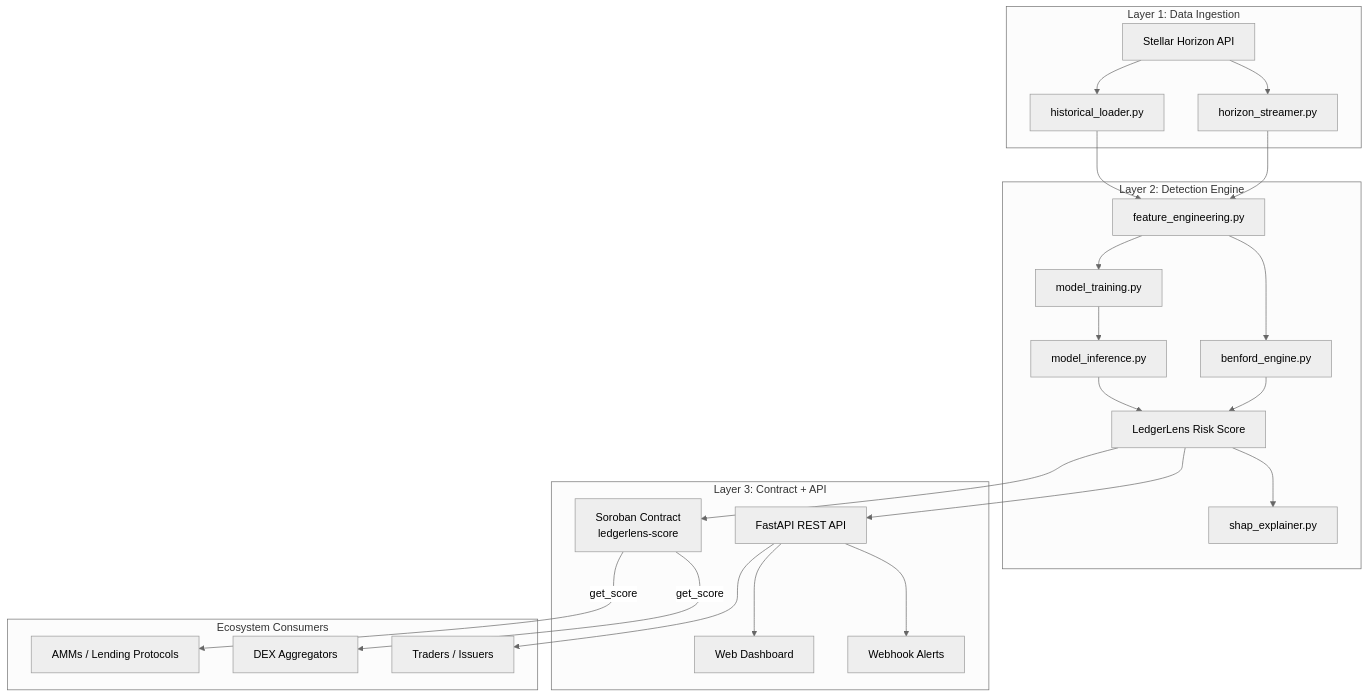
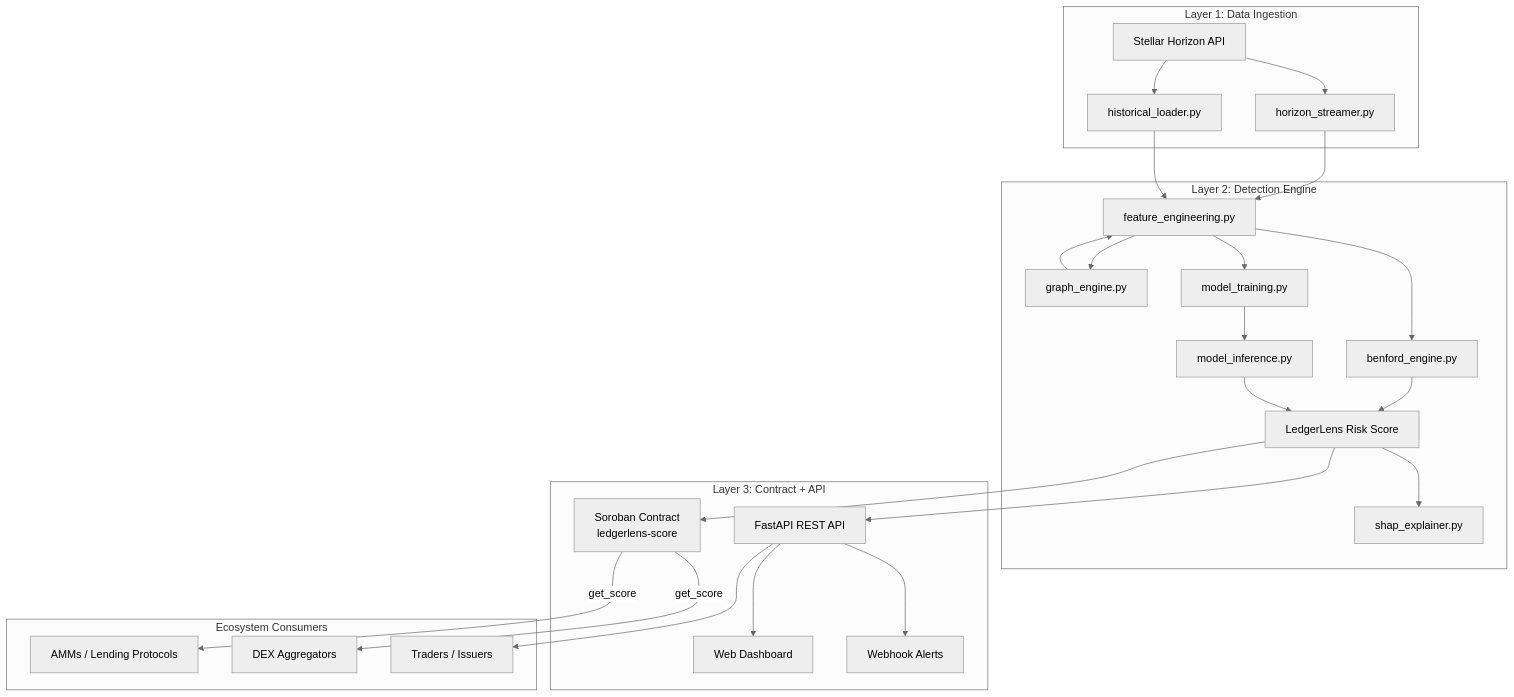
The diagram in README.md (devoclan/Ledgerlens-core), drawn with Mermaid (neutral theme) before and after one commit. The commit also changed other lines of this file and 11 other files, not shown here.

Commit message:
Implemented Multi-hop and Graph_based Algo

````diff
--- a/README.md
+++ b/README.md
@@ -47,48 +47,51 @@
 ```mermaid
 graph TB
     subgraph Ingestion["Layer 1: Data Ingestion"]
         HOR[Stellar Horizon API]
         STREAM[horizon_streamer.py]
         HIST[historical_loader.py]
     end
 
     subgraph Detection["Layer 2: Detection Engine"]
         BENF[benford_engine.py]
         FEAT[feature_engineering.py]
+        GRAPH[graph_engine.py]
         TRAIN[model_training.py]
         INFER[model_inference.py]
         SHAP[shap_explainer.py]
         SCORE[LedgerLens Risk Score]
     end
 
     subgraph Output["Layer 3: Contract + API"]
         CONTRACT[Soroban Contract\nledgerlens-score]
         API[FastAPI REST API]
         DASH[Web Dashboard]
         WEBHOOK[Webhook Alerts]
     end
 
     subgraph Consumers["Ecosystem Consumers"]
         AMM[AMMs / Lending Protocols]
         AGG[DEX Aggregators]
         USERS[Traders / Issuers]
     end
 
     HOR --> STREAM
     HOR --> HIST
     STREAM --> FEAT
     HIST --> FEAT
     FEAT --> BENF
+    FEAT --> GRAPH
+    GRAPH --> FEAT
     FEAT --> TRAIN
     TRAIN --> INFER
     BENF --> SCORE
     INFER --> SCORE
     SCORE --> SHAP
     SCORE --> CONTRACT
     SCORE --> API
     API --> DASH
     API --> WEBHOOK
     CONTRACT -->|get_score| AMM
     CONTRACT -->|get_score| AGG
     API --> USERS
 ```
````
